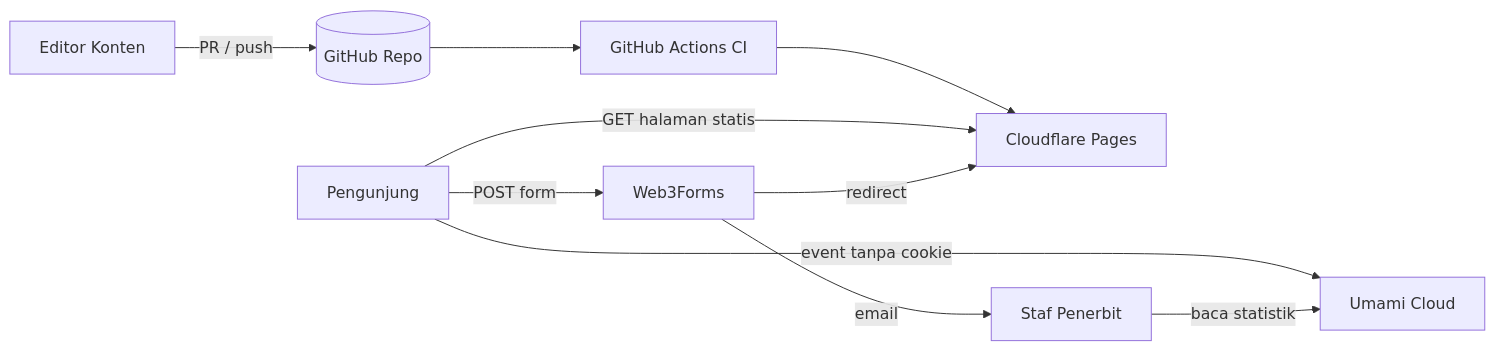
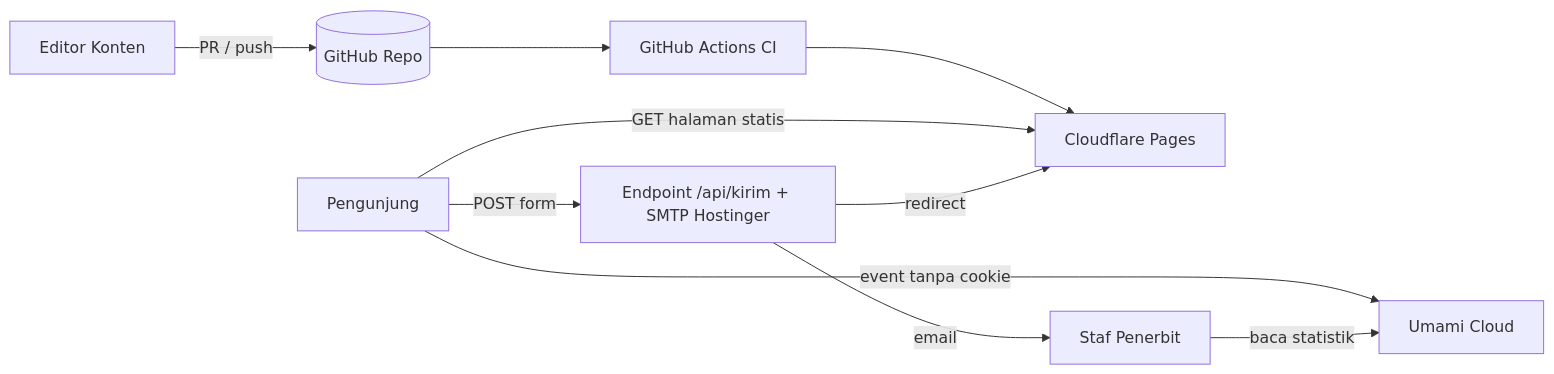
The diagram in planything/PRD.md (biadenrekacipta/biadenlandingpage), drawn with Mermaid before and after one commit. The commit also changed other lines of this file and 8 other files, not shown here.

````diff
--- a/planything/PRD.md
+++ b/planything/PRD.md
@@ -297,12 +297,12 @@
 ```mermaid
 flowchart LR
   Editor[Editor Konten] -->|PR / push| Repo[(GitHub Repo)]
   Repo --> CI[GitHub Actions CI]
   CI --> Pages[Cloudflare Pages]
   Visitor[Pengunjung] -->|GET halaman statis| Pages
-  Visitor -->|POST form| W3F[Web3Forms]
+  Visitor -->|POST form| W3F[Endpoint /api/kirim + SMTP Hostinger]
   W3F -->|email| Staff[Staf Penerbit]
   W3F -->|redirect| Pages
   Visitor -->|event tanpa cookie| Umami[Umami Cloud]
   Staff -->|baca statistik| Umami
 ```
````
